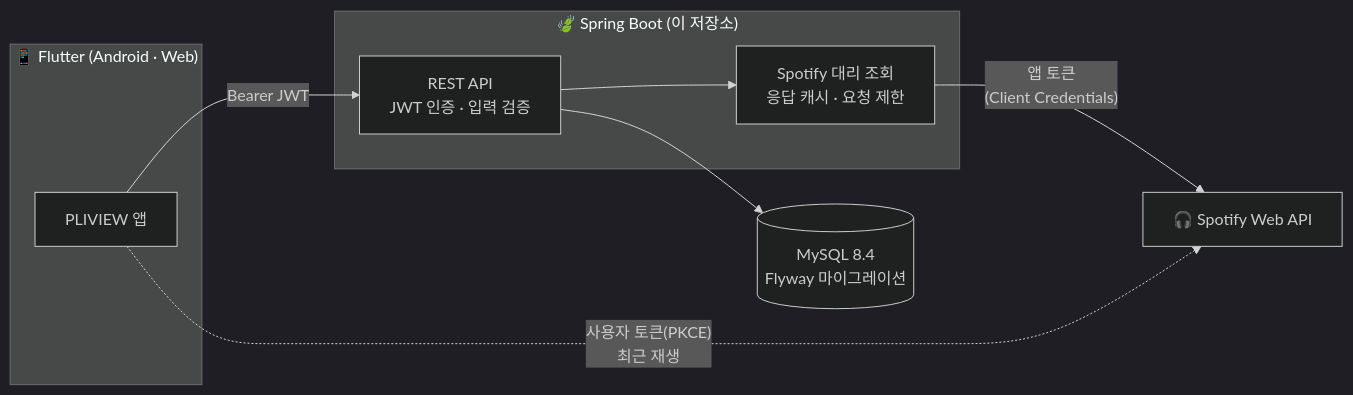
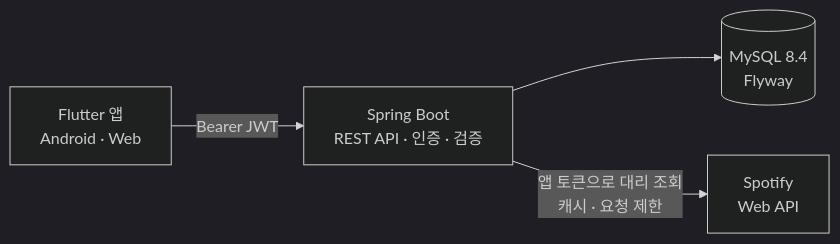
The first of 3 diagrams in README.md (minwoo0708/PLIVIEW_server), drawn with Mermaid (dark theme) before and after one commit. The commit also changed other lines of this file, not shown here.

Commit message:
fix(readme): 다이어그램에서 이모지를 빼고 구조도를 간단히 (GitHub에서 아래가 잘리던 문제)

````diff
--- a/README.md
+++ b/README.md
@@ -48,18 +48,6 @@
 ```mermaid
 flowchart LR
-    subgraph Client["📱 Flutter (Android · Web)"]
-        App["PLIVIEW 앱"]
-    end
-    subgraph Server["🍃 Spring Boot (이 저장소)"]
-        API["REST API<br/>JWT 인증 · 입력 검증"]
-        Proxy["Spotify 대리 조회<br/>응답 캐시 · 요청 제한"]
-    end
-    DB[("MySQL 8.4<br/>Flyway 마이그레이션")]
-    Spotify["🎧 Spotify Web API"]
-
-    App -- "Bearer JWT" --> API
-    API --> DB
-    API --> Proxy
-    Proxy -- "앱 토큰<br/>(Client Credentials)" --> Spotify
-    App -. "사용자 토큰(PKCE)<br/>최근 재생" .-> Spotify
+    App["Flutter 앱<br/>Android · Web"] -- "Bearer JWT" --> API["Spring Boot<br/>REST API · 인증 · 검증"]
+    API --> DB[("MySQL 8.4<br/>Flyway")]
+    API -- "앱 토큰으로 대리 조회<br/>캐시 · 요청 제한" --> SP["Spotify<br/>Web API"]
 ```
````
